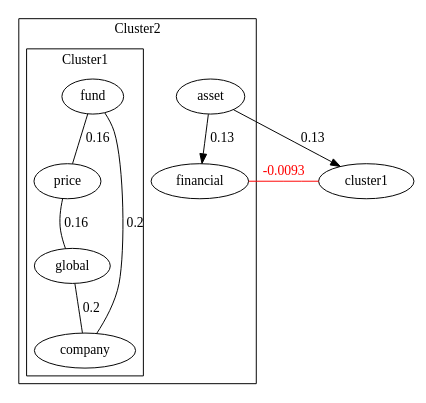
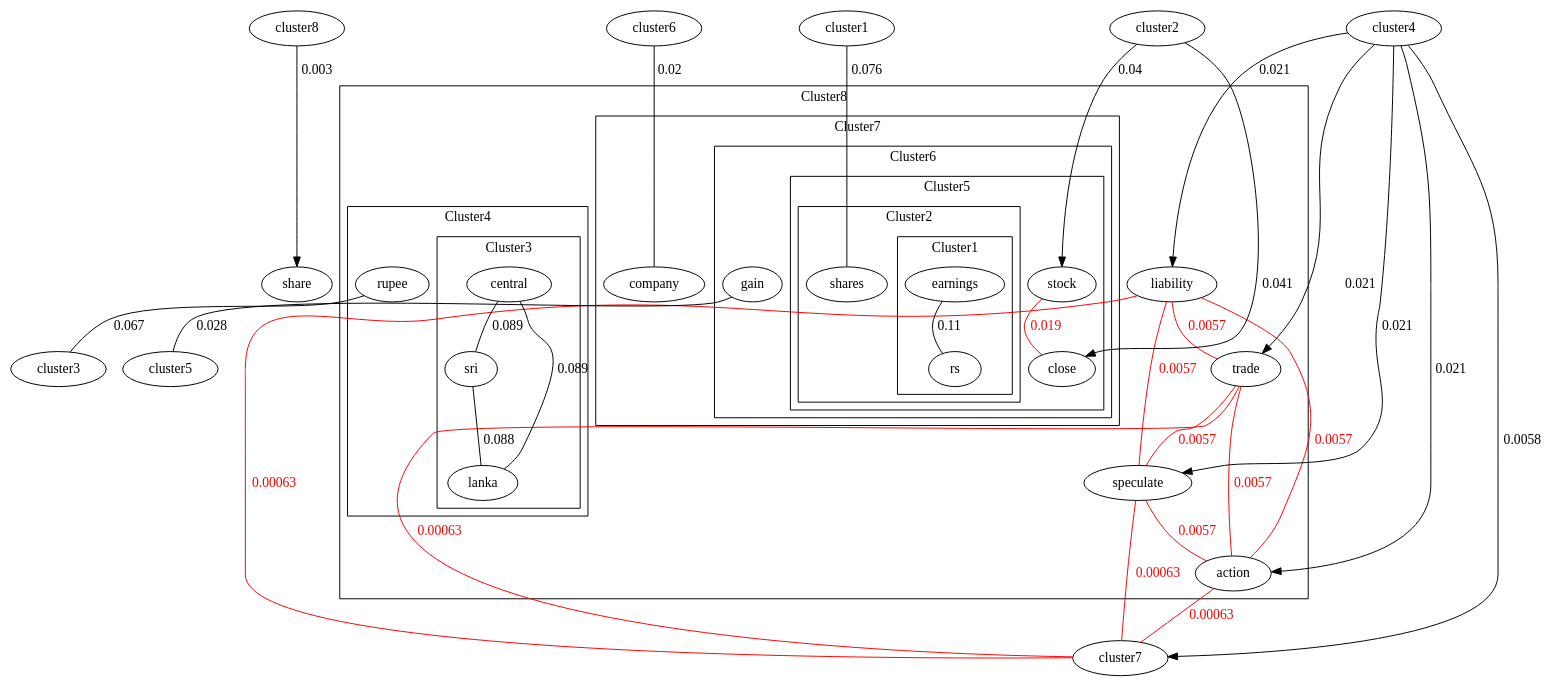
The diagram in Hgraph.dot (Achikumarasinghe/research_final), drawn with Graphviz before and after one commit. The commit also changed 8 other files, not shown here.

```diff
--- a/Hgraph.dot
+++ b/Hgraph.dot
@@ -1,17 +1,65 @@
 graph G {
 graph [shape="ellipse"];
+share
+subgraph cluster8 {
+liability
+trade
+speculate
+action
+subgraph cluster4 {
+rupee
+subgraph cluster3 {
+central -- sri [label=0.089];
+sri -- lanka [label=0.088];
+lanka -- central [label=0.089];
+label=Cluster3
+}
+label=Cluster4
+}
+subgraph cluster7 {
+company
+subgraph cluster6 {
+gain
+subgraph cluster5 {
+stock
+close
 subgraph cluster2 {
-asset
-asset -- financial [label=0.13,dir=forward];
+shares
 subgraph cluster1 {
-fund -- price [label=0.16];
-price -- global [label=0.16];
-global -- company [label=0.2];
-company -- fund [label=0.2];
+earnings -- rs [label=0.11];
 label=Cluster1
 }
 label=Cluster2
 }
-asset -- cluster1 [label=0.13,dir=forward];
-cluster1--financial[label=-0.0093,color=red,fontcolor=red];
+label=Cluster5
 }
+label=Cluster6
+}
+label=Cluster7
+}
+label=Cluster8
+}
+cluster4 -- liability [label=0.021,dir=forward];
+cluster4 -- trade [label=0.021,dir=forward];
+cluster4 -- speculate [label=0.021,dir=forward];
+cluster4 -- action [label=0.021,dir=forward];
+cluster4 -- cluster7 [label=0.0058,dir=forward];
+rupee -- cluster3 [label=0.067];
+cluster6 -- company [label=0.02];
+gain -- cluster5 [label=0.028];
+cluster2 -- stock [label=0.04,dir=forward];
+cluster2 -- close [label=0.041,dir=forward];
+cluster1 -- shares [label=0.076];
+cluster8 -- share [label=0.003,dir=forward];
+stock--close[label=0.019,color=red,fontcolor=red];
+liability--trade[label=0.0057,color=red,fontcolor=red];
+liability--speculate[label=0.0057,color=red,fontcolor=red];
+liability--action[label=0.0057,color=red,fontcolor=red];
+liability--cluster7[label=0.00063,color=red,fontcolor=red];
+trade--speculate[label=0.0057,color=red,fontcolor=red];
+trade--action[label=0.0057,color=red,fontcolor=red];
+trade--cluster7[label=0.00063,color=red,fontcolor=red];
+speculate--action[label=0.0057,color=red,fontcolor=red];
+speculate--cluster7[label=0.00063,color=red,fontcolor=red];
+action--cluster7[label=0.00063,color=red,fontcolor=red];
+}
```
